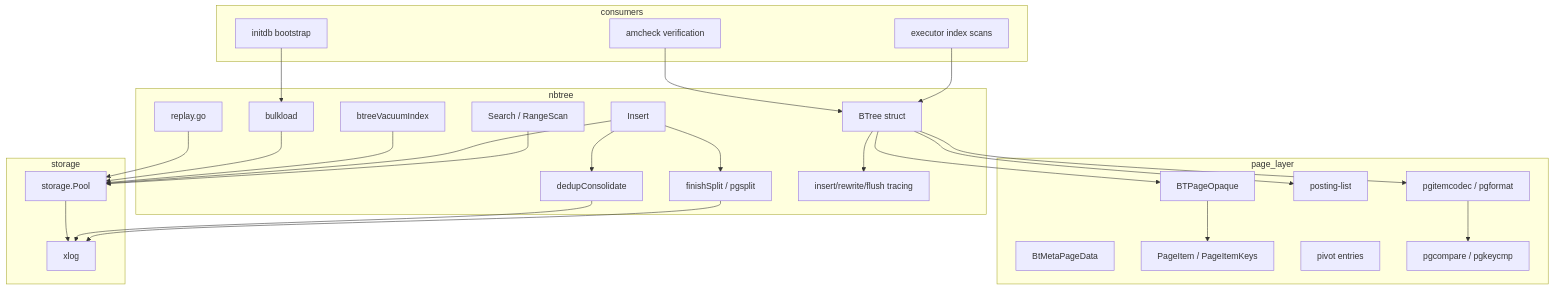
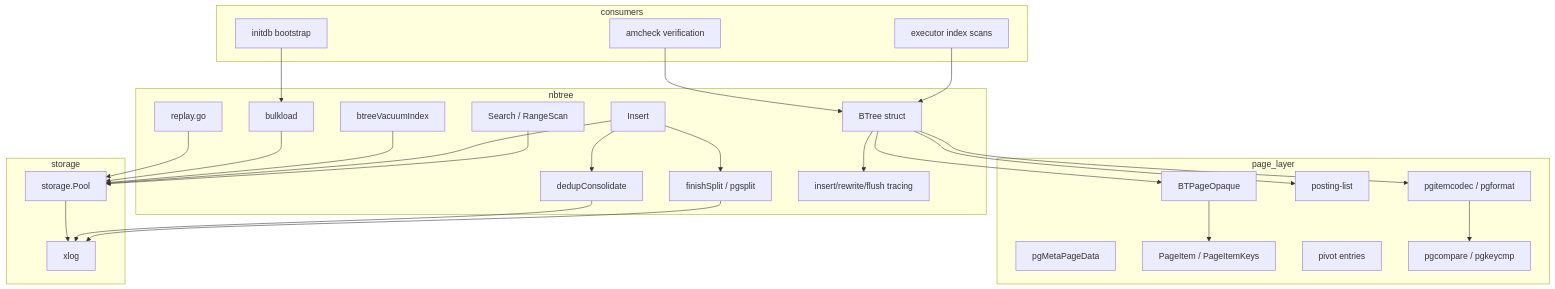
One commit to ryogrid/goopg changed the first of 6 diagrams in docs/wiki/modules/nbtree.md. Above: the diagram before and after it, drawn with Mermaid. The commit also changed other lines of this file and 5 other files, not shown here.

````diff
--- a/docs/wiki/modules/nbtree.md
+++ b/docs/wiki/modules/nbtree.md
@@ -14,48 +14,48 @@
 ```mermaid
 flowchart TD
     subgraph nbtree
         BT[BTree struct]
         SEARCH[Search / RangeScan]
         INSERT[Insert]
         SPLIT[finishSplit / pgsplit]
         DEDUP[dedupConsolidate]
         VAC[btreeVacuumIndex]
         BULK[bulkload]
         WAL_REDO[replay.go]
         TRACE[insert/rewrite/flush tracing]
     end
     subgraph page_layer
-        META[BtMetaPageData]
+        META[pgMetaPageData]
         OPAQUE[BTPageOpaque]
         ITEMS[PageItem / PageItemKeys]
         POST[posting-list]
         PIVOT[pivot entries]
         KEY[pgitemcodec / pgformat]
         CMP[pgcompare / pgkeycmp]
     end
     subgraph storage
         POOL[storage.Pool]
         WAL[xlog]
     end
     subgraph consumers
         EXEC[executor index scans]
         INIT[initdb bootstrap]
         AMCHECK[amcheck verification]
     end
     SEARCH --> POOL
     INSERT --> POOL
     INSERT --> SPLIT
     INSERT --> DEDUP
     SPLIT --> WAL
     DEDUP --> WAL
     VAC --> POOL
     BULK --> POOL
     BT --> OPAQUE --> ITEMS
     BT --> POST
     BT --> KEY --> CMP
     WAL_REDO --> POOL --> WAL
     EXEC --> BT
     INIT --> BULK
     AMCHECK --> BT
     BT --> TRACE
 ```
````
